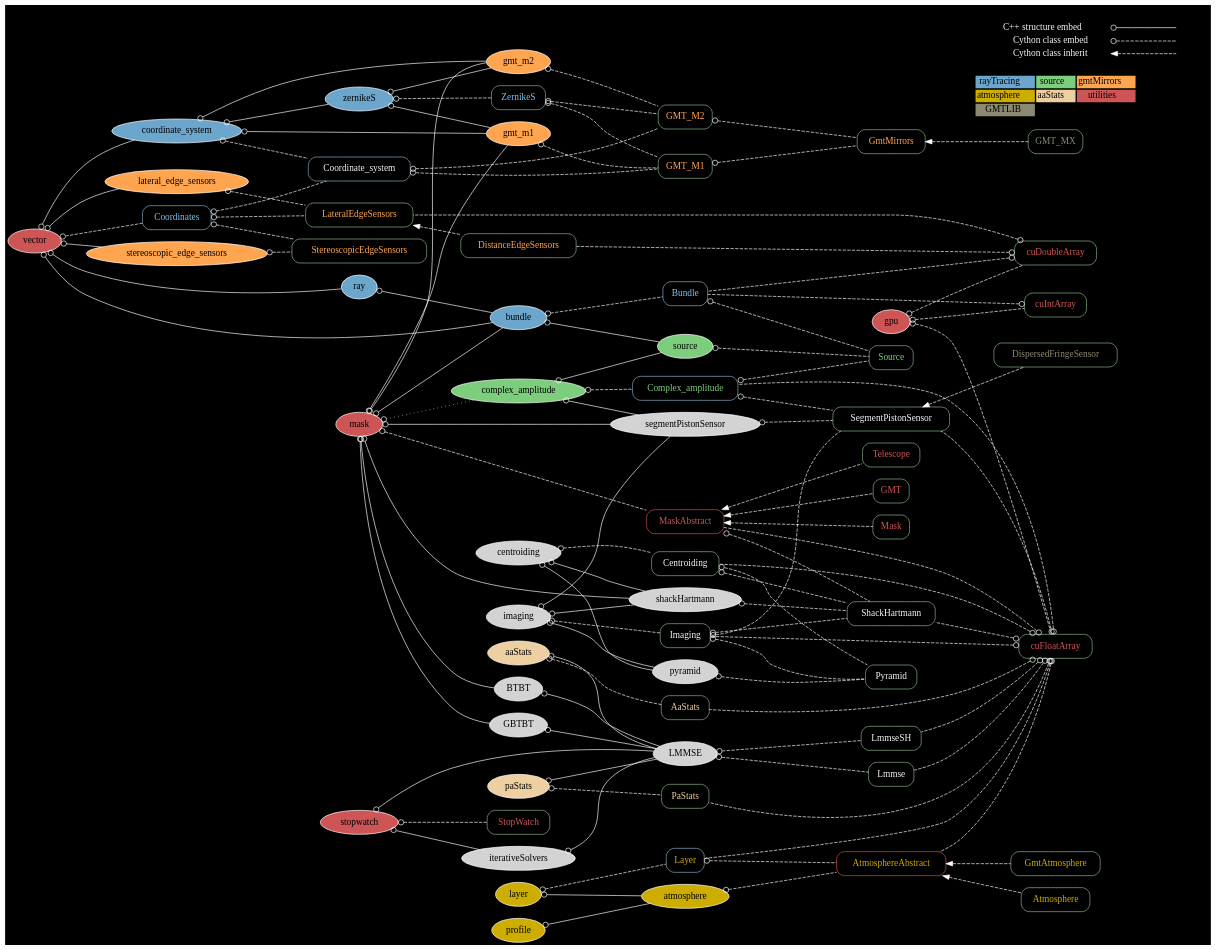
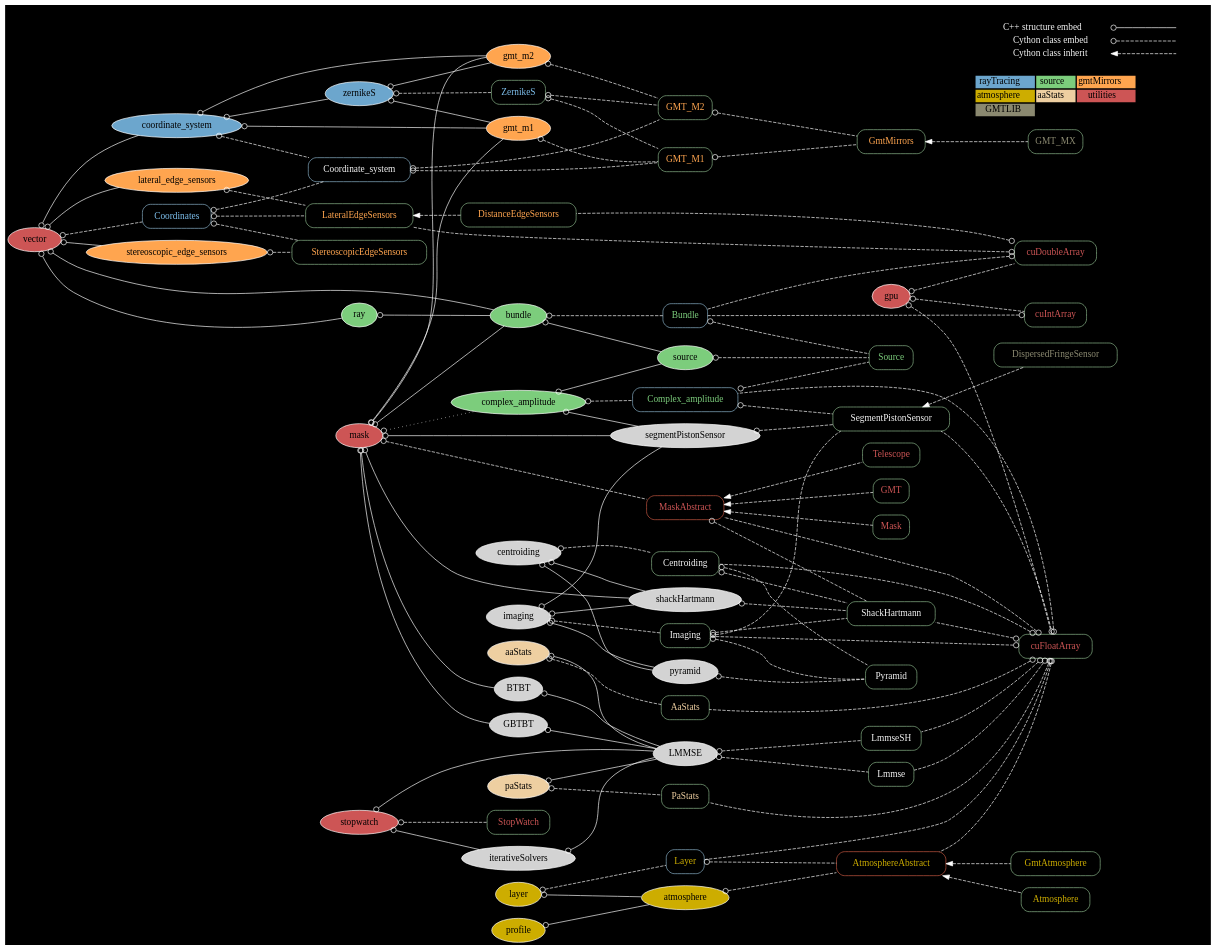
Before and after one commit to rconan/CEO: the diagram in graph/ceo.dot, drawn with Graphviz. The commit also changed other lines of this file and 5 other files, not shown here.

Commit message:
MOVED RAY AND BUNDLE FROM RAYTRACING TO SOURCE

```diff
--- a/graph/ceo.dot
+++ b/graph/ceo.dot
@@ -8,13 +8,13 @@
 {
 node[fillcolor=skyblue3]
 zernikeS;
-ray;
-bundle;
 coordinate_system;
 }
 
 {
 node[fillcolor=palegreen3]
+ray;
+bundle;
 source;
 complex_amplitude;
 }
@@ -96,12 +96,12 @@
 {
 node[fontcolor=skyblue2]
 ZernikeS;
-Bundle;
 Coordinates;
 }
 
 {
 node[fontcolor=palegreen3]
+Bundle;
 Source;
 Complex_amplitude;
 }
```
